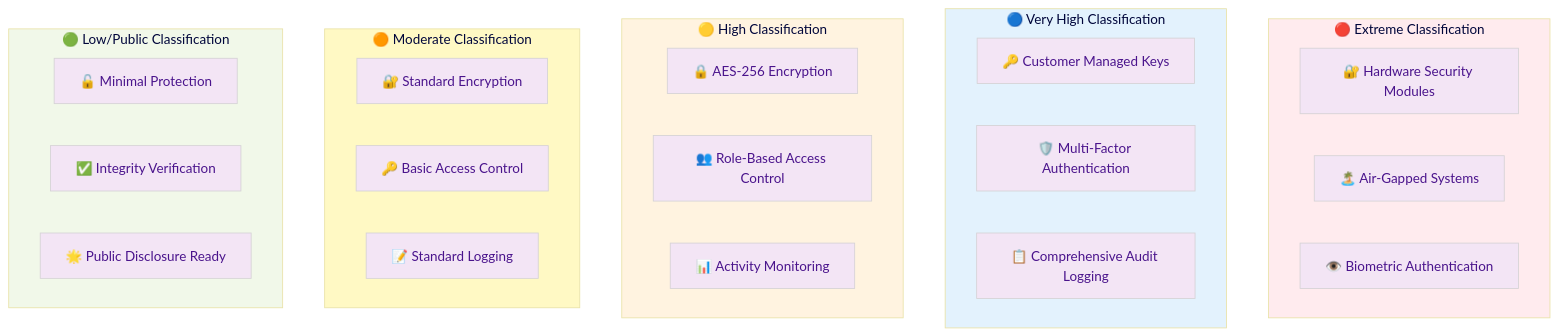
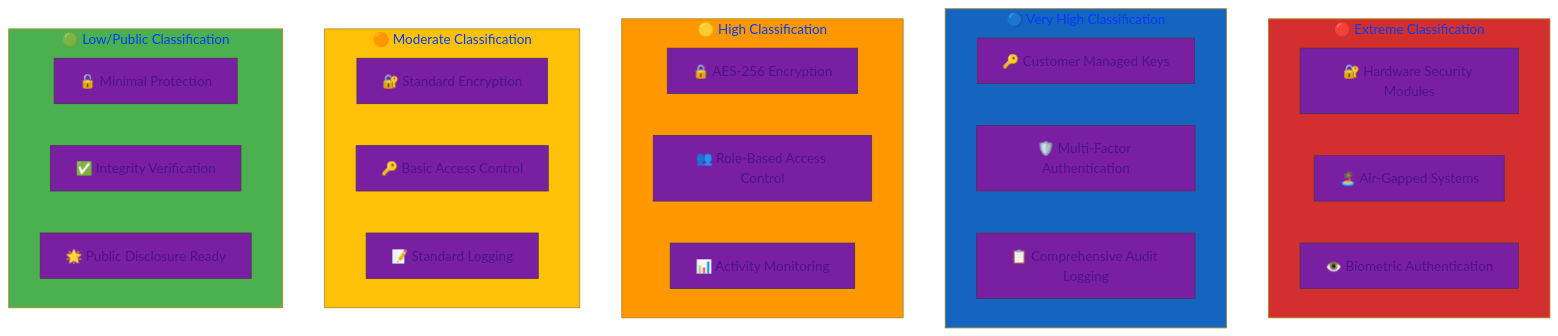
One commit to Hack23/ISMS-PUBLIC changed the second of 10 diagrams in Data_Classification_Policy.md. Above: the diagram before and after it, drawn with Mermaid. The commit also changed other lines of this file and 35 other files, not shown here.

````diff
--- a/Data_Classification_Policy.md
+++ b/Data_Classification_Policy.md
@@ -138,50 +138,50 @@
 ```mermaid
 %%{
   init: {
     'theme': 'base',
     'themeVariables': {
-      'primaryColor': '#f3e5f5',
-      'primaryTextColor': '#4a148c',
-      'lineColor': '#9c27b0',
-      'secondaryColor': '#e8f5e9',
-      'tertiaryColor': '#fff9c4'
+      'primaryColor': '#7B1FA2',
+      'primaryTextColor': '#4A148C',
+      'lineColor': '#7B1FA2',
+      'secondaryColor': '#4CAF50',
+      'tertiaryColor': '#FFC107'
     }
   }
 }%%
 graph TD
     subgraph EXTREME["🔴 Extreme Classification"]
         HSM[🔐 Hardware Security Modules]
         AIRGAP[🏝️ Air-Gapped Systems]
         BIOMETRIC[👁️ Biometric Authentication]
     end
     
     subgraph VERYHIGH["🔵 Very High Classification"]
         CMK[🔑 Customer Managed Keys]
         MFA[🛡️ Multi-Factor Authentication]
         AUDIT[📋 Comprehensive Audit Logging]
     end
     
     subgraph HIGH["🟡 High Classification"]
         AES256[🔒 AES-256 Encryption]
         RBAC[👥 Role-Based Access Control]
         MONITORING[📊 Activity Monitoring]
     end
     
     subgraph MODERATE["🟠 Moderate Classification"]
         STANDARD[🔐 Standard Encryption]
         BASIC[🔑 Basic Access Control]
         LOGGING[📝 Standard Logging]
     end
     
     subgraph LOW["🟢 Low/Public Classification"]
         MINIMAL[🔓 Minimal Protection]
         INTEGRITY[✅ Integrity Verification]
         PUBLIC[🌟 Public Disclosure Ready]
     end
     
-    style EXTREME fill:#ffebee
-    style VERYHIGH fill:#e3f2fd
-    style HIGH fill:#fff3e0
-    style MODERATE fill:#fff9c4
-    style LOW fill:#f1f8e9
+    style EXTREME fill:#D32F2F
+    style VERYHIGH fill:#1565C0
+    style HIGH fill:#FF9800
+    style MODERATE fill:#FFC107
+    style LOW fill:#4CAF50
 ```
````
